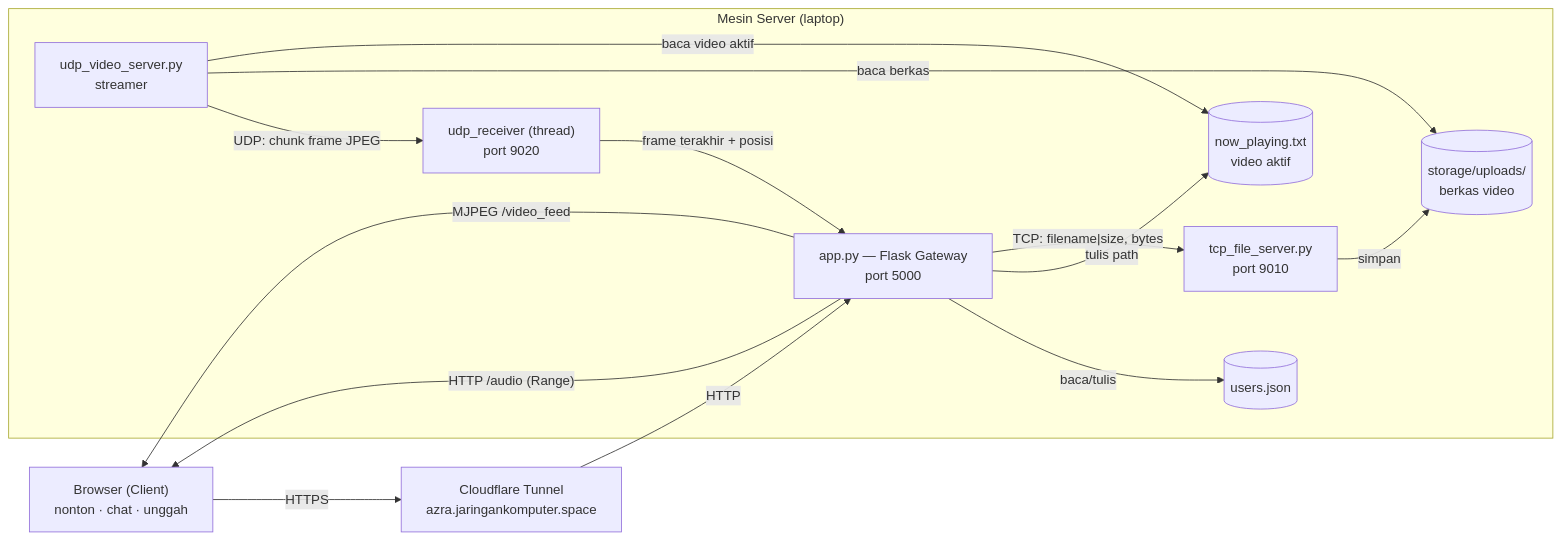
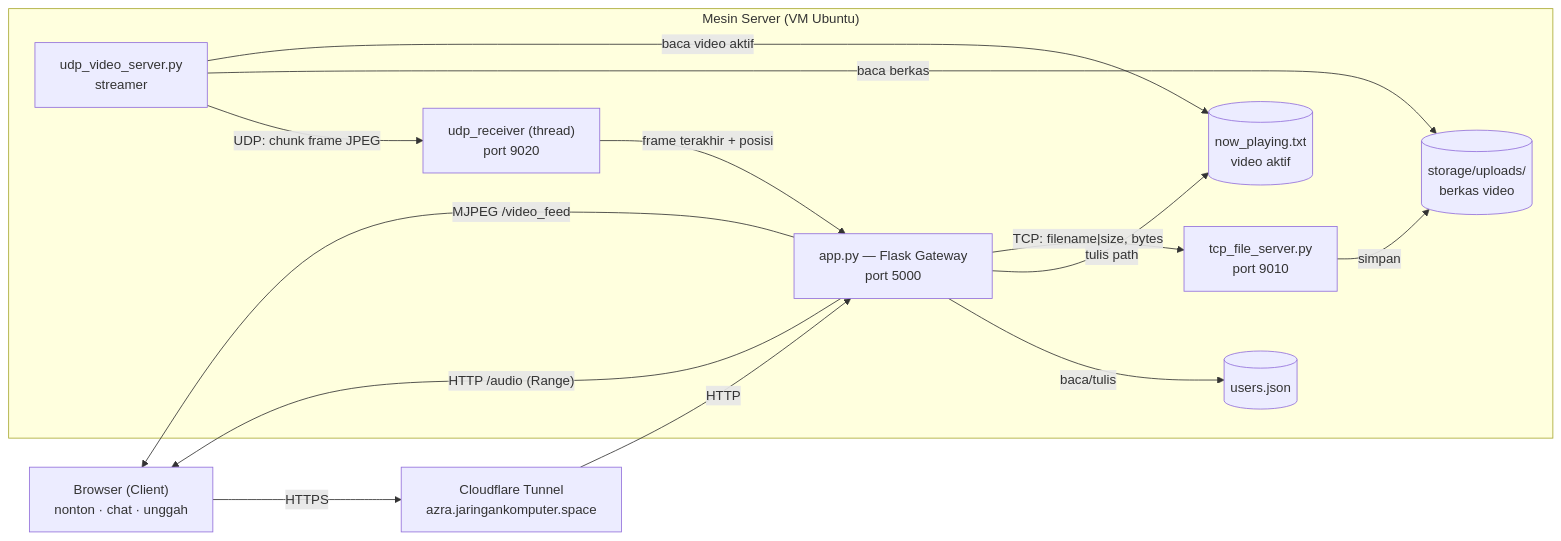
One commit to azra-ahmad/CrowdCast changed the first of 4 diagrams in docs/laporan-uas.md. Above: the diagram before and after it, drawn with Mermaid. The commit also changed other lines of this file, not shown here.

Commit message:
docs: sesuaikan laporan untuk deploy di VM (client-server beda mesin) + daftar screenshot VM

````diff
--- a/docs/laporan-uas.md
+++ b/docs/laporan-uas.md
@@ -52,29 +52,29 @@
 ```mermaid
 flowchart LR
     B["Browser (Client)<br/>nonton · chat · unggah"]
 
-    subgraph SERVER["Mesin Server (laptop)"]
+    subgraph SERVER["Mesin Server (VM Ubuntu)"]
         F["app.py — Flask Gateway<br/>port 5000"]
         T["tcp_file_server.py<br/>port 9010"]
         U["udp_video_server.py<br/>streamer"]
         R["udp_receiver (thread)<br/>port 9020"]
         S[("storage/uploads/<br/>berkas video")]
         N[("now_playing.txt<br/>video aktif")]
         J[("users.json")]
     end
 
     CF["Cloudflare Tunnel<br/>azra.jaringankomputer.space"]
 
     B -- "HTTPS" --> CF
     CF -- "HTTP" --> F
     F -- "TCP: filename|size, bytes" --> T
     T -- "simpan" --> S
     F -- "tulis path" --> N
     U -- "baca video aktif" --> N
     U -- "baca berkas" --> S
     U -- "UDP: chunk frame JPEG" --> R
     R -- "frame terakhir + posisi" --> F
     F -- "MJPEG /video_feed" --> B
     F -- "HTTP /audio (Range)" --> B
     F -- "baca/tulis" --> J
 ```
````
